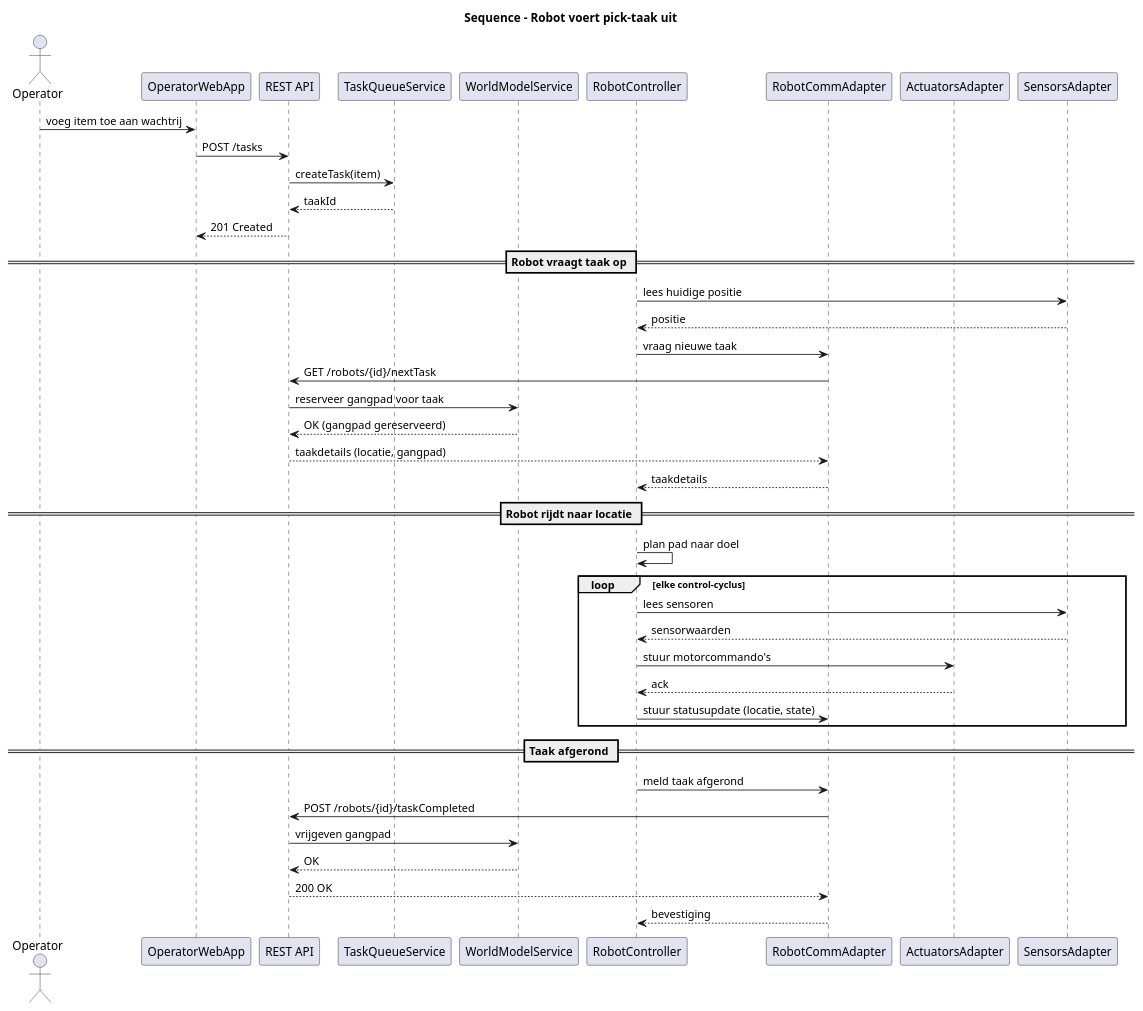
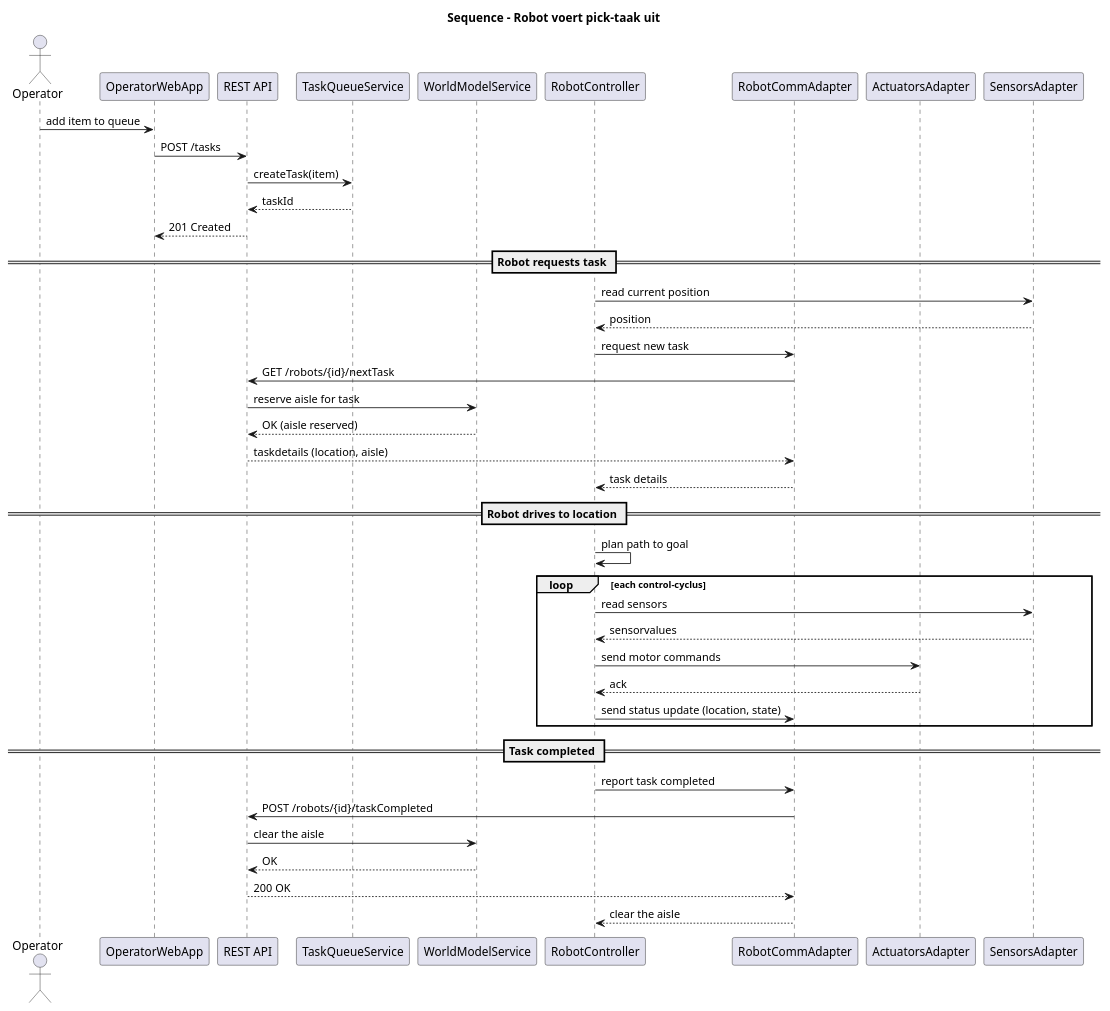
The diagram in behaviour.puml (JitseLambrichts/Diagrams_For_Project_Cyber_Physical_Systems), drawn with PlantUML before and after one commit. The commit also changed 1 other file, not shown here.

```diff
--- a/behaviour.puml
+++ b/behaviour.puml
@@ -1,53 +1,53 @@
 @startuml BehaviouralView
 title Sequence - Robot voert pick-taak uit
 
 actor Operator
 participant "OperatorWebApp" as UI
 participant "REST API" as REST
 participant "TaskQueueService" as TQS
 participant "WorldModelService" as WMS
 participant "RobotController" as RC
 participant "RobotCommAdapter" as RCA
 participant "ActuatorsAdapter" as AA
 participant "SensorsAdapter" as SA
 
 ' operator voegt item toe
-Operator -> UI : voeg item toe aan wachtrij
+Operator -> UI : add item to queue
 UI -> REST : POST /tasks
 REST -> TQS : createTask(item)
-TQS --> REST : taakId
+TQS --> REST : taskId
 REST --> UI : 201 Created
 
-== Robot vraagt taak op ==
+== Robot requests task ==
 
-RC -> SA : lees huidige positie
-SA --> RC : positie
+RC -> SA : read current position
+SA --> RC : position
 
-RC -> RCA : vraag nieuwe taak
+RC -> RCA : request new task
 RCA -> REST : GET /robots/{id}/nextTask
-REST -> WMS : reserveer gangpad voor taak
-WMS --> REST : OK (gangpad gereserveerd)
-REST --> RCA : taakdetails (locatie, gangpad)
-RCA --> RC : taakdetails
+REST -> WMS : reserve aisle for task
+WMS --> REST : OK (aisle reserved)
+REST --> RCA : taskdetails (location, aisle)
+RCA --> RC : task details
 
-== Robot rijdt naar locatie ==
+== Robot drives to location ==
 
-RC -> RC : plan pad naar doel
-loop elke control-cyclus
-  RC -> SA : lees sensoren
-  SA --> RC : sensorwaarden
-  RC -> AA : stuur motorcommando's
+RC -> RC : plan path to goal
+loop each control-cyclus
+  RC -> SA : read sensors
+  SA --> RC : sensorvalues
+  RC -> AA : send motor commands
   AA --> RC : ack
-  RC -> RCA : stuur statusupdate (locatie, state)
+  RC -> RCA : send status update (location, state)
 end
 
-== Taak afgerond ==
+== Task completed ==
 
-RC -> RCA : meld taak afgerond
+RC -> RCA : report task completed
 RCA -> REST : POST /robots/{id}/taskCompleted
-REST -> WMS : vrijgeven gangpad
+REST -> WMS : clear the aisle
 WMS --> REST : OK
 REST --> RCA : 200 OK
-RCA --> RC : bevestiging
+RCA --> RC : clear the aisle
 
 @enduml
```
